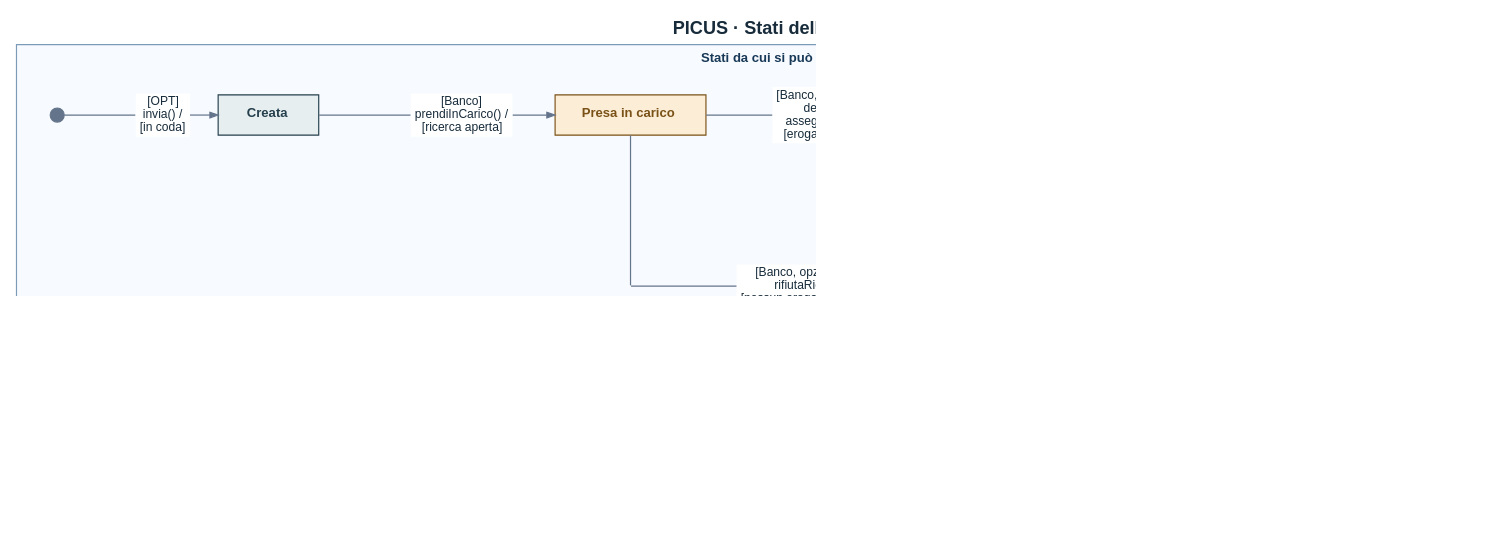
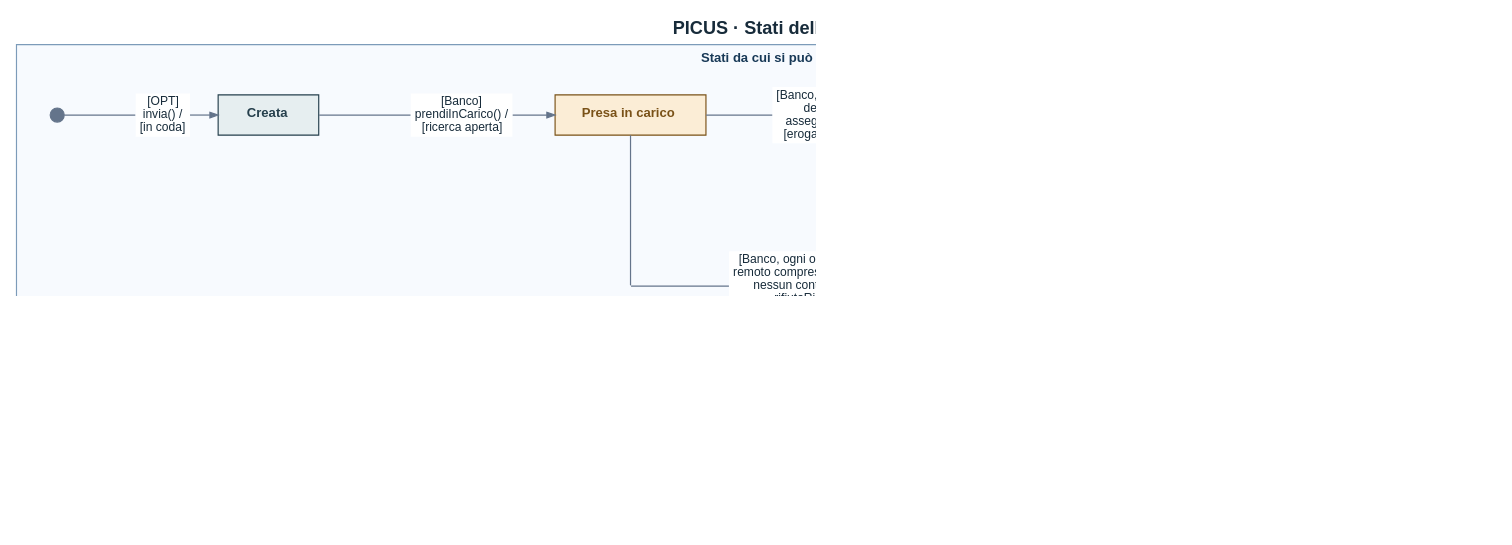
One commit to Pinguini-alla-Fragola/Progetto-SAD changed the diagram in docs/architecture/diagrams/PICUS-Stati-Richiesta.dot. Above: the diagram before and after it, drawn with Graphviz. The commit also changed 3 other files, not shown here.

First line of the commit message:
docs(architecture): precisa rifiuto e annullamento nello state chart

```diff
--- a/docs/architecture/diagrams/PICUS-Stati-Richiesta.dot
+++ b/docs/architecture/diagrams/PICUS-Stati-Richiesta.dot
@@ -1,47 +1,47 @@
-digraph Stati {
+digraph "PICUS - Stati della richiesta" {
   // Coordinate in punti, come nel CC-02. I vertici senza simbolo fissano le pieghe dei connettori.
   graph [
     layout=neato, inputscale=72, overlap=true, splines=line,
     outputorder=nodesfirst, bgcolor="#FFFFFF", dpi=140, pad=0.20,
     labelloc=t, fontname=Arial, fontcolor="#172B3A", fontsize=18,
     label=<<B>PICUS · Stati della richiesta</B>>
   ]
   node [pin=true, shape=box, style=filled, fixedsize=true, fontname=Arial, fontsize=13, penwidth=1.15]
   edge [color="#64748B", penwidth=1.2, arrowsize=0.8]
   Annullabile [pos="770,210!", width=21.4, height=4.17, fillcolor="#F7FAFE", color="#7C9BB9", label=""]
 
   Creata [pos="250,290!", width=1.389, height=0.556, fillcolor="#E6EEF0", color="#253F4C", fontcolor="#253F4C", style="filled", label=<<B>Creata</B>>]
   Carico [pos="610,290!", width=2.083, height=0.556, fillcolor="#FBEDD6", color="#795117", fontcolor="#795117", style="filled", label=<<B>Presa in carico</B>>]
   Programmazione [pos="1030,290!", width=2.361, height=0.556, fillcolor="#FBEDD6", color="#795117", fontcolor="#795117", style="filled", label=<<B>In programmazione</B>>]
   Confermata [pos="1450,290!", width=1.806, height=0.556, fillcolor="#E8F2E9", color="#2F6B3A", fontcolor="#192C3A", style="filled", label=<<B>Confermata</B>>]
   Rifiutata [pos="1030,120!", width=1.806, height=0.556, fillcolor="#FAECEE", color="#9C3844", fontcolor="#9C3844", style="filled", label=<<B>Rifiutata</B>>]
   Annullata [pos="770,-130!", width=1.806, height=0.556, fillcolor="#EDF1EF", color="#3A545E", fontcolor="#3A545E", style="filled", label=<<B>Annullata</B>>]
   Start [pos="40,290!", shape=circle, width=0.2, height=0.2, fillcolor="#64748B", color="#64748B", label=""]
   node [shape=plaintext, fixedsize=false, width=0, height=0, style=filled, fillcolor="#FFFFFF", fontcolor="#172B3A", fontsize=12, margin="0.06,0.03"]
   Titolo [pos="770,345!", style="", fontsize=13, fontcolor="#183957", label=<<B>Stati da cui si può annullare</B>>]
   l_invia [pos="145,290!", label=<[OPT]<BR/>invia() /<BR/>[in coda]>]
   l_prendi [pos="442,290!", label=<[Banco]<BR/>prendiInCarico() /<BR/>[ricerca aperta]>]
   l_assegna [pos="820,290!", label=<[Banco, risposta positiva<BR/>dell'erogatore]<BR/>assegnaErogatore() /<BR/>[erogatore assegnato]>]
   l_conferma [pos="1240,290!", label=<[Banco, accordo completo]<BR/>confermaAccordo() /<BR/>[dettagli immutabili]>]
-  l_rif_prog [pos="1030,205!", label=<[Banco, accordo impraticabile]<BR/>rifiutaRichiesta() /<BR/>[nessun erogatore disponibile]>]
-  l_rif_carico [pos="800,120!", label=<[Banco, opzioni esaurite]<BR/>rifiutaRichiesta() /<BR/>[nessun erogatore disponibile]>]
-  l_annulla [pos="770,-30!", label=<[Banco, OPT o erogatore,<BR/>motivo se non Creata]<BR/>annullaRichiesta() /<BR/>[dettagli conservati]>]
+  l_rif_prog [pos="1030,205!", label=<[Banco, accordo impraticabile,<BR/>nessun contatto in attesa]<BR/>rifiutaRichiesta() /<BR/>[nessun erogatore disponibile]>]
+  l_rif_carico [pos="800,120!", label=<[Banco, ogni opzione negativa,<BR/>remoto compreso se compatibile,<BR/>nessun contatto in attesa]<BR/>rifiutaRichiesta() /<BR/>[nessun erogatore disponibile]>]
+  l_annulla [pos="770,-30!", label=<[Banco, OPT titolare o<BR/>erogatore assegnato,<BR/>motivo se non Creata]<BR/>annullaRichiesta() /<BR/>[dettagli conservati]>]
   node [shape=point, width=0.01, height=0.01, label="", style=invis]
   b_rc [pos="610,120!"]
   a0 [pos="770,60!"]
   Start -> l_invia [arrowhead=none]
   l_invia -> Creata
   Creata -> l_prendi [arrowhead=none]
   l_prendi -> Carico
   Carico -> l_assegna [arrowhead=none]
   l_assegna -> Programmazione
   Programmazione -> l_conferma [arrowhead=none]
   l_conferma -> Confermata
   Programmazione -> l_rif_prog [arrowhead=none]
   l_rif_prog -> Rifiutata
   Carico -> b_rc [arrowhead=none]
   b_rc -> l_rif_carico [arrowhead=none]
   l_rif_carico -> Rifiutata
   a0 -> l_annulla [arrowhead=none]
   l_annulla -> Annullata
 }
```
